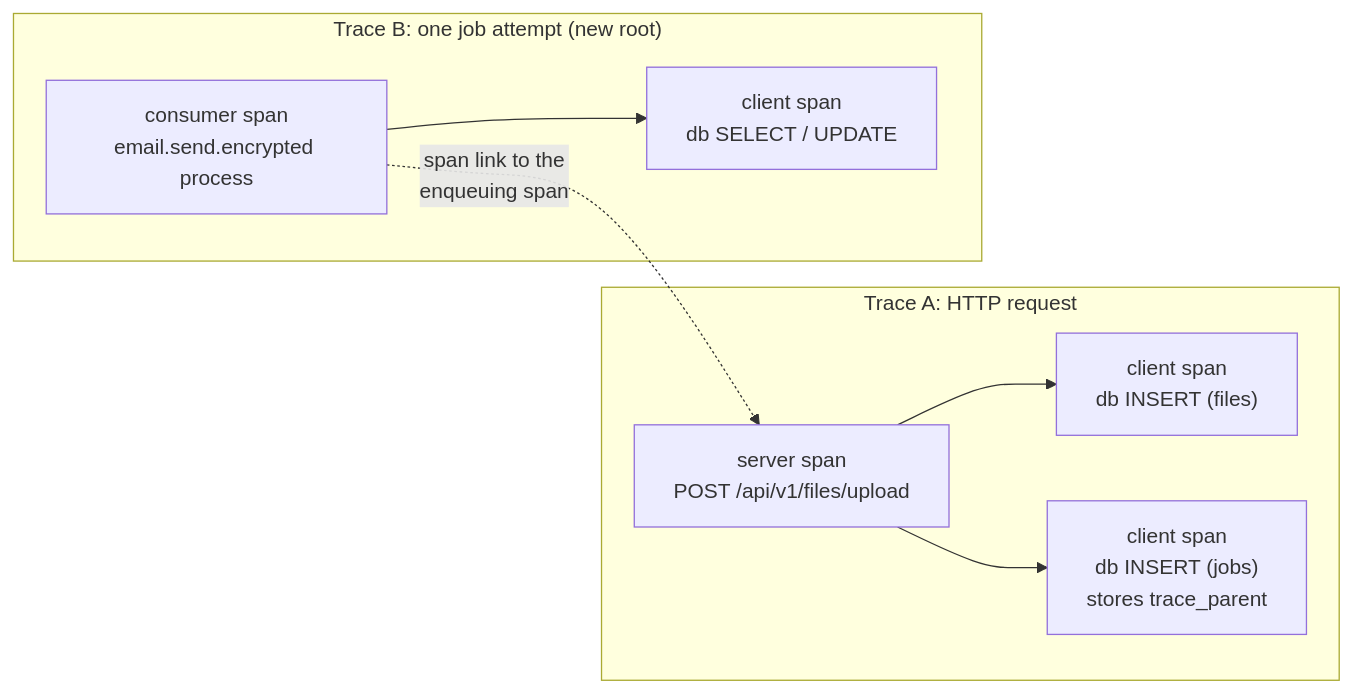
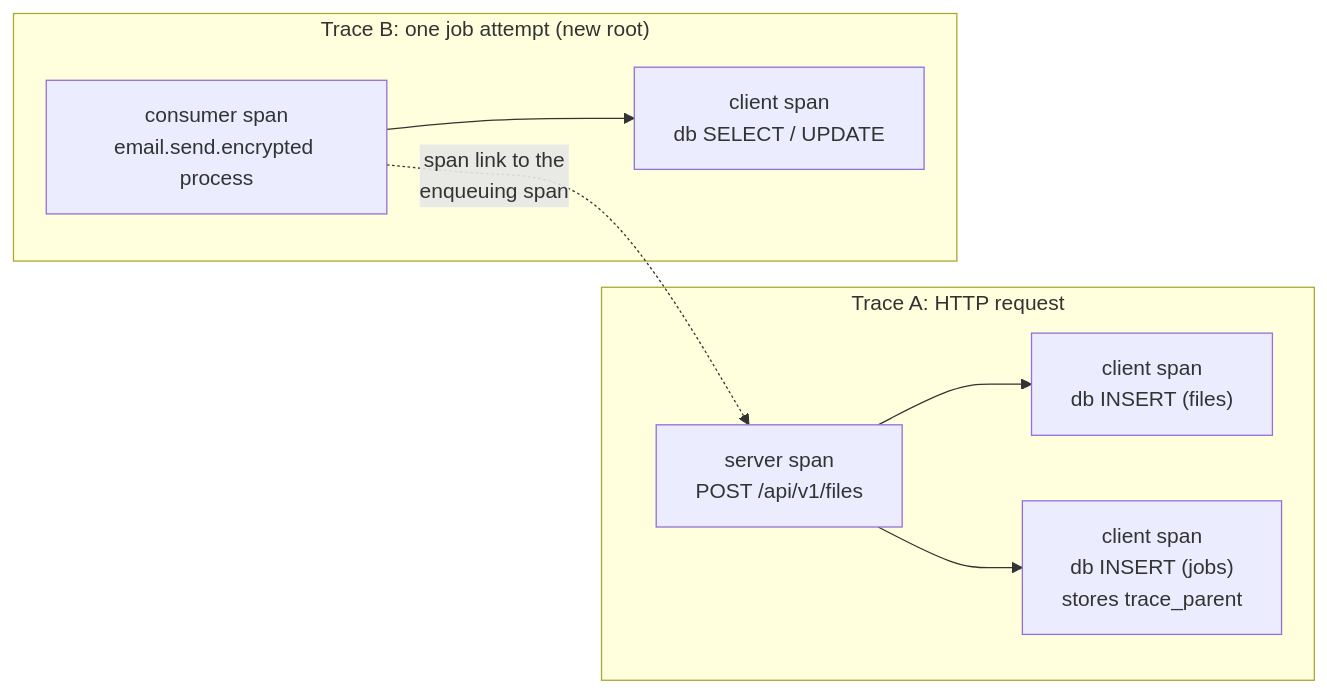
Before and after one commit to chuanghiduoc/fiber-golang-boilerplate: the first of 2 diagrams in docs/tracing.md, drawn with Mermaid. The commit also changed 353 other files, not shown here.

````diff
--- a/docs/tracing.md
+++ b/docs/tracing.md
@@ -89,16 +89,16 @@
 ```mermaid
 flowchart LR
     subgraph TA["Trace A: HTTP request"]
-        H["server span<br/>POST /api/v1/files/upload"]
+        H["server span<br/>POST /api/v1/files"]
         D1["client span<br/>db INSERT (files)"]
         D2["client span<br/>db INSERT (jobs)<br/>stores trace_parent"]
         H --> D1
         H --> D2
     end
     subgraph TB["Trace B: one job attempt (new root)"]
         J["consumer span<br/>email.send.encrypted process"]
         D3["client span<br/>db SELECT / UPDATE"]
         J --> D3
     end
     J -. "span link to the<br/>enqueuing span" .-> H
 ```
````
